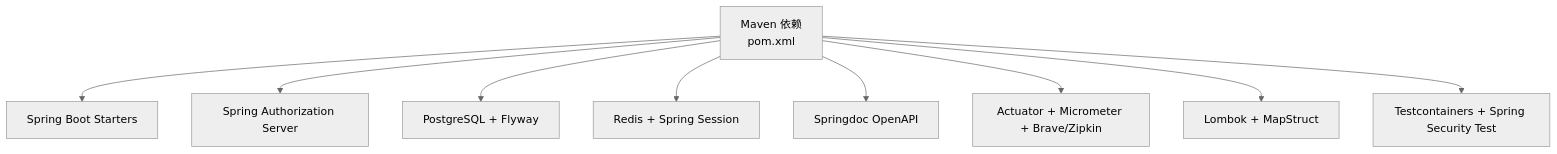
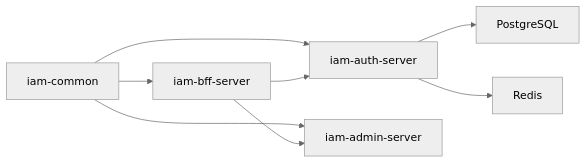
One commit to fq0121104930716/iam-platform changed the eighth of 8 diagrams in .qoder/repowiki/zh/content/项目概述/项目概述.md. Above: the diagram before and after it, drawn with Mermaid (neutral theme). The commit also changed other lines of this file and 222 other files, not shown here.

````diff
--- a/.qoder/repowiki/zh/content/项目概述/项目概述.md
+++ b/.qoder/repowiki/zh/content/项目概述/项目概述.md
@@ -315,11 +325,10 @@
 ```mermaid
-graph TB
-POM["Maven 依赖<br/>pom.xml"] --> SB["Spring Boot Starters"]
-POM --> SAS["Spring Authorization Server"]
-POM --> DB["PostgreSQL + Flyway"]
-POM --> CACHE["Redis + Spring Session"]
-POM --> DOC["Springdoc OpenAPI"]
-POM --> OBS["Actuator + Micrometer + Brave/Zipkin"]
-POM --> UTIL["Lombok + MapStruct"]
-POM --> TEST["Testcontainers + Spring Security Test"]
+graph LR
+COMMON["iam-common"] --> AUTH["iam-auth-server"]
+COMMON --> ADMIN["iam-admin-server"]
+COMMON --> BFF["iam-bff-server"]
+AUTH --> DB["PostgreSQL"]
+AUTH --> CACHE["Redis"]
+BFF --> AUTH
+BFF --> ADMIN
 ```
````
